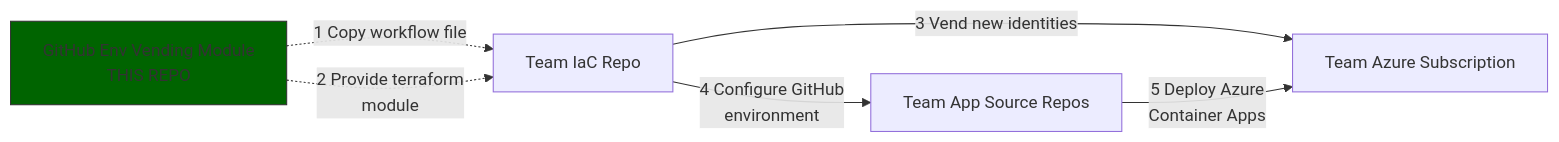
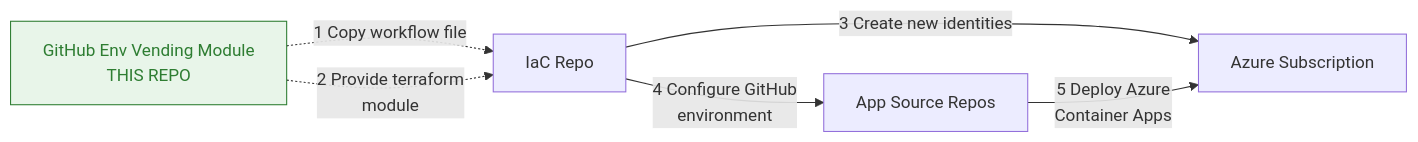
One commit to HafslundEcoVannkraft/stratus-tf-github-environments changed the second of 2 diagrams in README.md. Above: the diagram before and after it, drawn with Mermaid. The commit also changed other lines of this file, not shown here.

````diff
--- a/README.md
+++ b/README.md
@@ -278,10 +278,10 @@
 ```mermaid
 graph LR
-    B["GitHub Env Vending Module<br>THIS REPO"] -.->|"1 Copy workflow file"| A[Team IaC Repo]
+    B["GitHub Env Vending Module<br>THIS REPO"] -.->|"1 Copy workflow file"| A[IaC Repo]
     B -.-> |"2 Provide terraform<br>module"| A
-    A --> |"3 Vend new identities"| D[Team Azure Subscription]
-    A --> |"4 Configure GitHub<br>environment"| C[Team App Source Repos]
+    A --> |"3 Create new identities"| D[Azure Subscription]
+    A --> |"4 Configure GitHub<br>environment"| C[App Source Repos]
     C --> |"5 Deploy Azure<br>Container Apps"| D
     
-    style B fill:#006400,stroke:#333
+    style B fill:#e8f5e9,stroke:#2e7d32,color:#2e7d32
 ```
````
